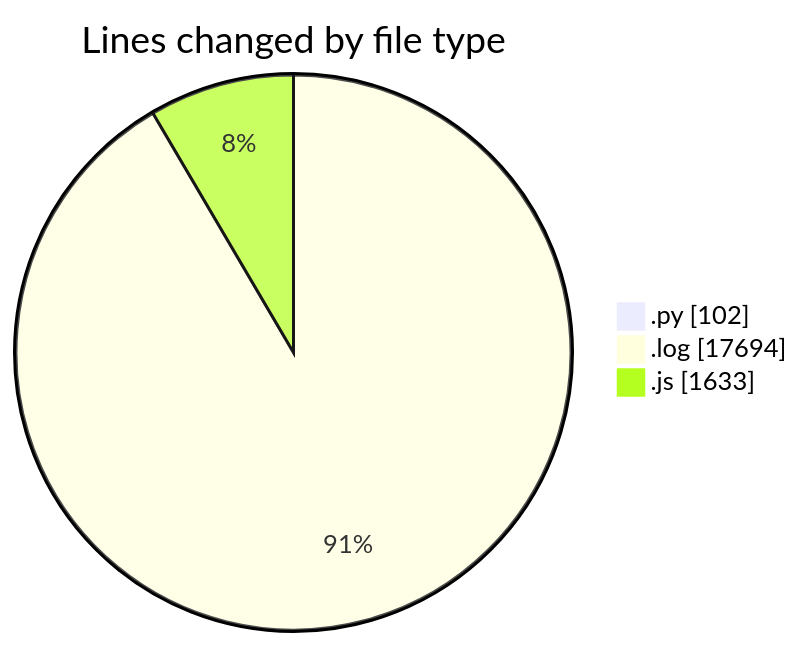
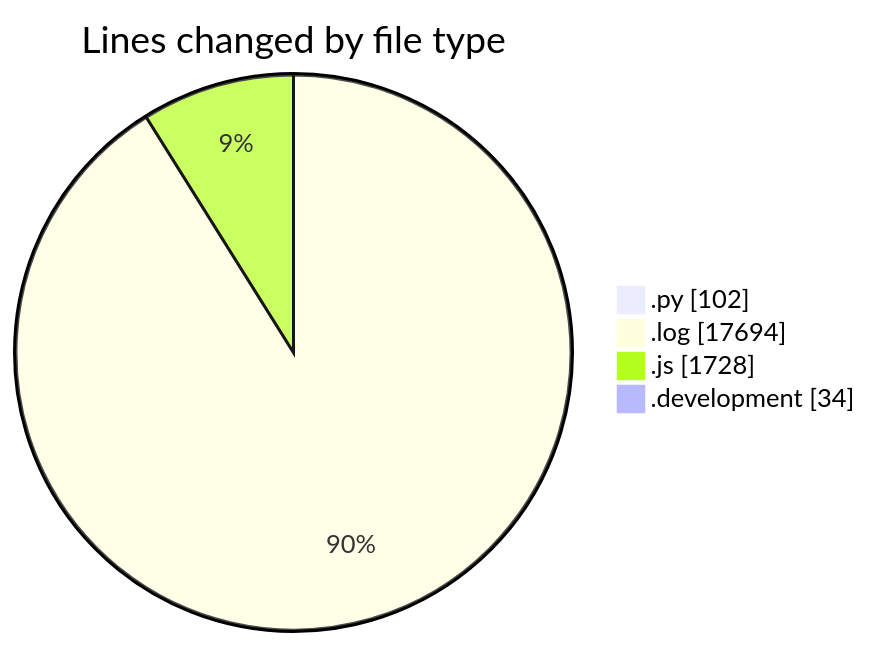
The first of 2 diagrams in 2025-04-19/nxtqube_webapp/README.md (nxtqubesakshisongat/code-tracking), drawn with Mermaid before and after one commit. The commit also changed other lines of this file and 1 other file, not shown here.

````diff
--- a/2025-04-19/nxtqube_webapp/README.md
+++ b/2025-04-19/nxtqube_webapp/README.md
@@ -32,7 +35,8 @@
 ```mermaid
 pie showData
 title Lines changed by file type
 ".py" : 102
 ".log" : 17694
-".js" : 1633
+".js" : 1728
+".development" : 34
 ```
````
